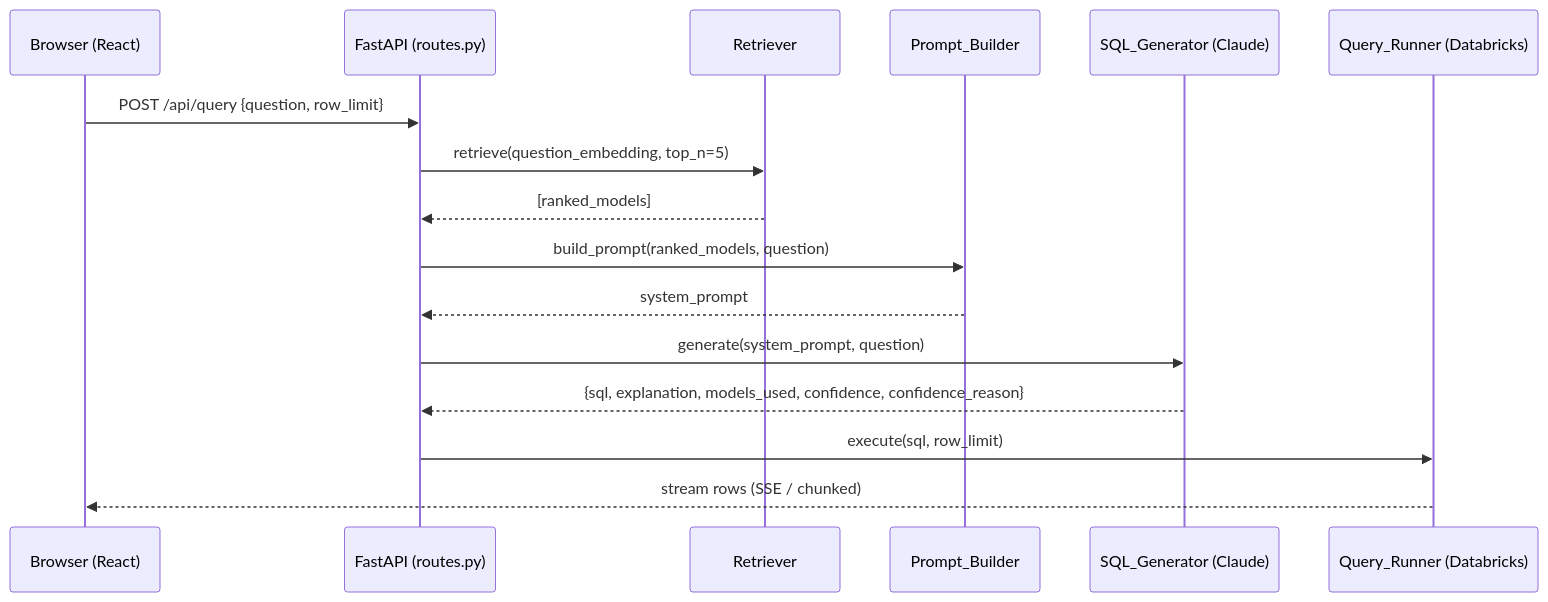
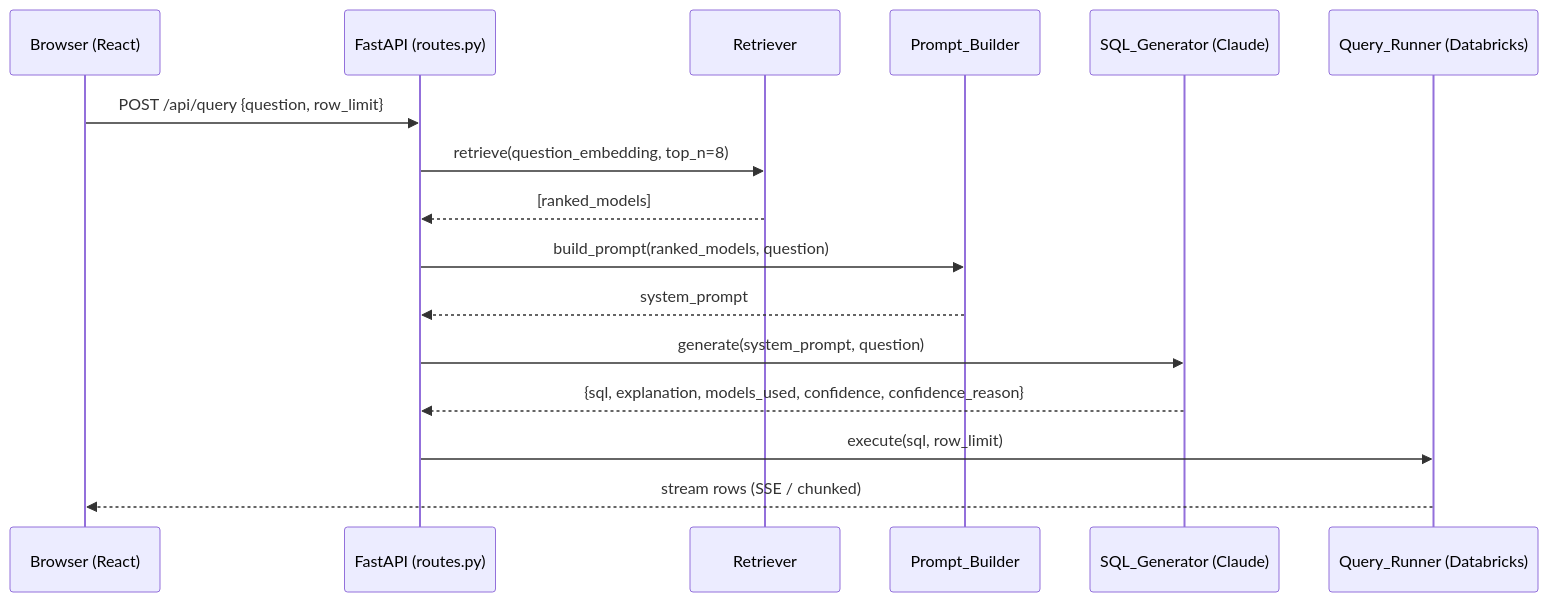
The first of 3 diagrams in .kiro/specs/prism/design.md (patelpranav2003/prism), drawn with Mermaid before and after one commit. The commit also changed other lines of this file and 11 other files, not shown here.

````diff
--- a/.kiro/specs/prism/design.md
+++ b/.kiro/specs/prism/design.md
@@ -30,19 +30,19 @@
 ```mermaid
 sequenceDiagram
     participant U as Browser (React)
     participant API as FastAPI (routes.py)
     participant R as Retriever
     participant PB as Prompt_Builder
     participant SG as SQL_Generator (Claude)
     participant QR as Query_Runner (Databricks)
 
     U->>API: POST /api/query {question, row_limit}
-    API->>R: retrieve(question_embedding, top_n=5)
+    API->>R: retrieve(question_embedding, top_n=8)
     R-->>API: [ranked_models]
     API->>PB: build_prompt(ranked_models, question)
     PB-->>API: system_prompt
     API->>SG: generate(system_prompt, question)
     SG-->>API: {sql, explanation, models_used, confidence, confidence_reason}
     API->>QR: execute(sql, row_limit)
     QR-->>U: stream rows (SSE / chunked)
 ```
````
